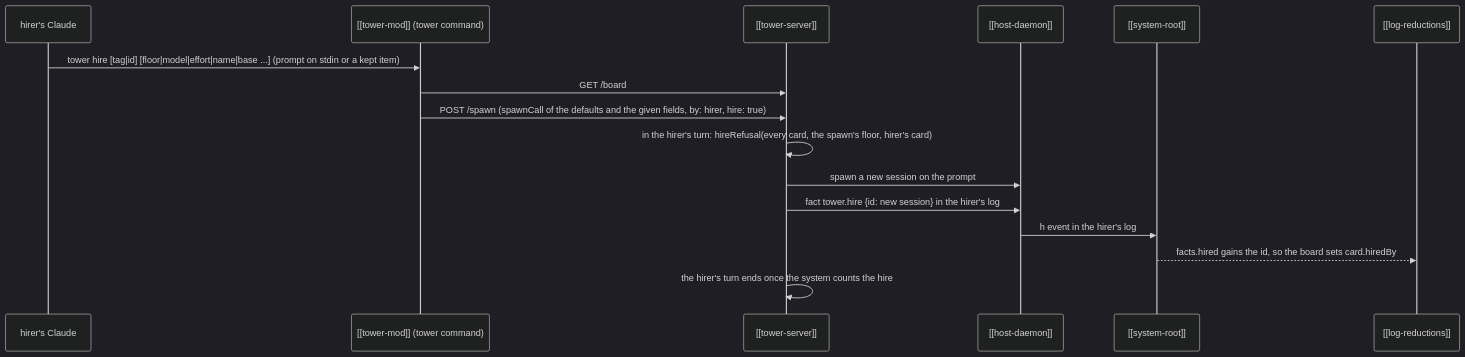
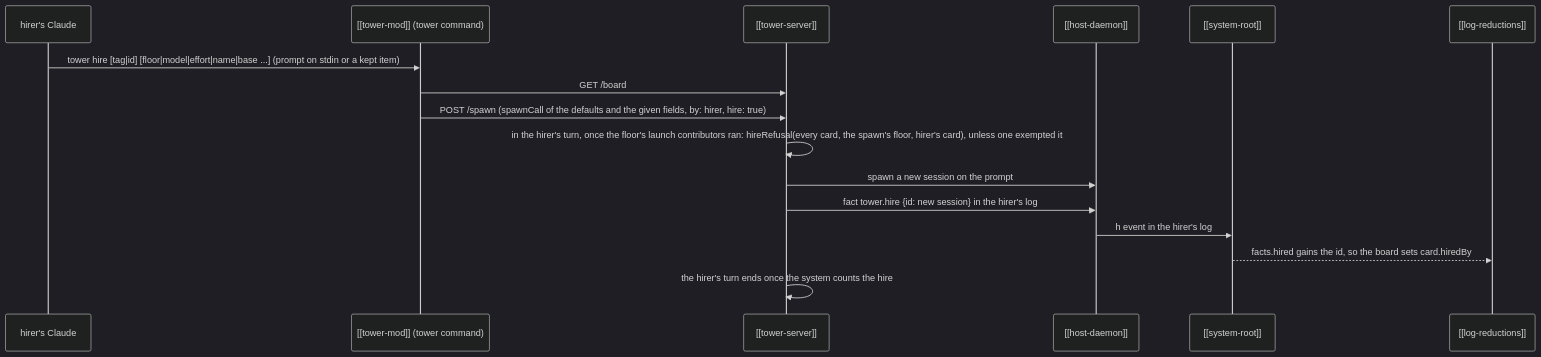
One commit to RegiByte/the-tower changed the diagram in kb/entities/flows/hire.md. Above: the diagram before and after it, drawn with Mermaid (dark theme). The commit also changed other lines of this file and 8 other files, not shown here.

Commit message:
Docs and kb: launch, spawn fields and plugins per runtime in the extensions decision and extending.md; crews and hiring limits read the core facts; the spawn and hire flows run the contributors

````diff
--- a/kb/entities/flows/hire.md
+++ b/kb/entities/flows/hire.md
@@ -12,18 +12,18 @@
 ```mermaid
 sequenceDiagram
   participant W as hirer's Claude
   participant M as [[tower-mod]] (tower command)
   participant T as [[tower-server]]
   participant H as [[host-daemon]]
   participant R as [[system-root]]
   participant F as [[log-reductions]]
   W->>M: tower hire [tag|id] [floor|model|effort|name|base ...] (prompt on stdin or a kept item)
   M->>T: GET /board
   M->>T: POST /spawn (spawnCall of the defaults and the given fields, by: hirer, hire: true)
-  T->>T: in the hirer's turn: hireRefusal(every card, the spawn's floor, hirer's card)
+  T->>T: in the hirer's turn, once the floor's launch contributors ran: hireRefusal(every card, the spawn's floor, hirer's card), unless one exempted it
   T->>H: spawn a new session on the prompt
   T->>H: fact tower.hire {id: new session} in the hirer's log
   H->>R: h event in the hirer's log
   R-->>F: facts.hired gains the id, so the board sets card.hiredBy
   T->>T: the hirer's turn ends once the system counts the hire
 ```
````
